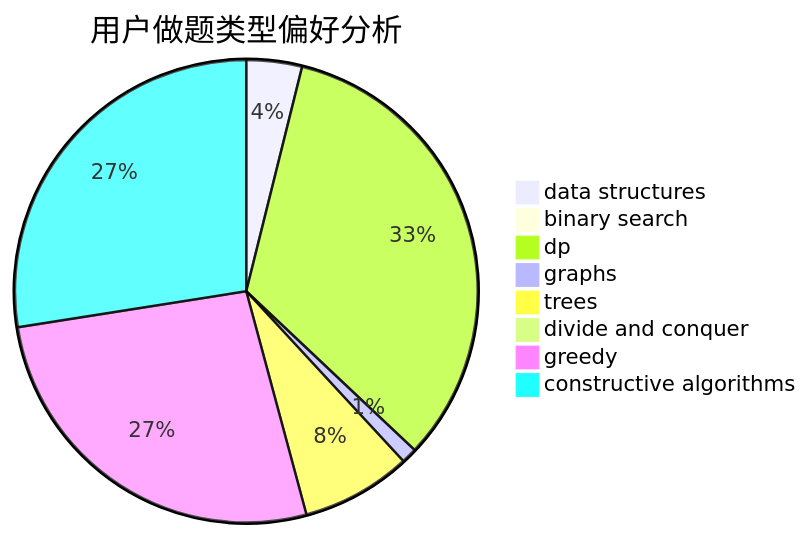
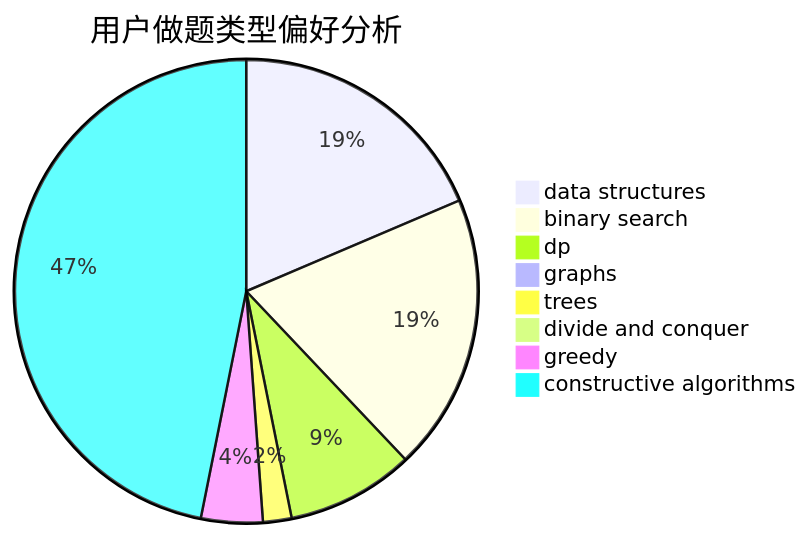
The second of 3 diagrams in docs/user/u2511.md (sherpahu/cfrs.github.io), drawn with Mermaid before and after one commit. The commit also changed other lines of this file and 2770 other files, not shown here.

````diff
--- a/docs/user/u2511.md
+++ b/docs/user/u2511.md
@@ -23,11 +23,11 @@
 ```mermaid
 pie title 用户做题类型偏好分析
-    "data structures" :  50
-    "binary search" :  6
-    "dp" :  427
-    "graphs" :  14
-    "trees" :  99
+    "data structures" :  121
+    "binary search" :  126
+    "dp" :  58
+    "graphs" :  0
+    "trees" :  13
     "divide and conquer" :  0
-    "greedy" :  344
-    "constructive algorithms" :  354
+    "greedy" :  28
+    "constructive algorithms" :  305
 ```
````
